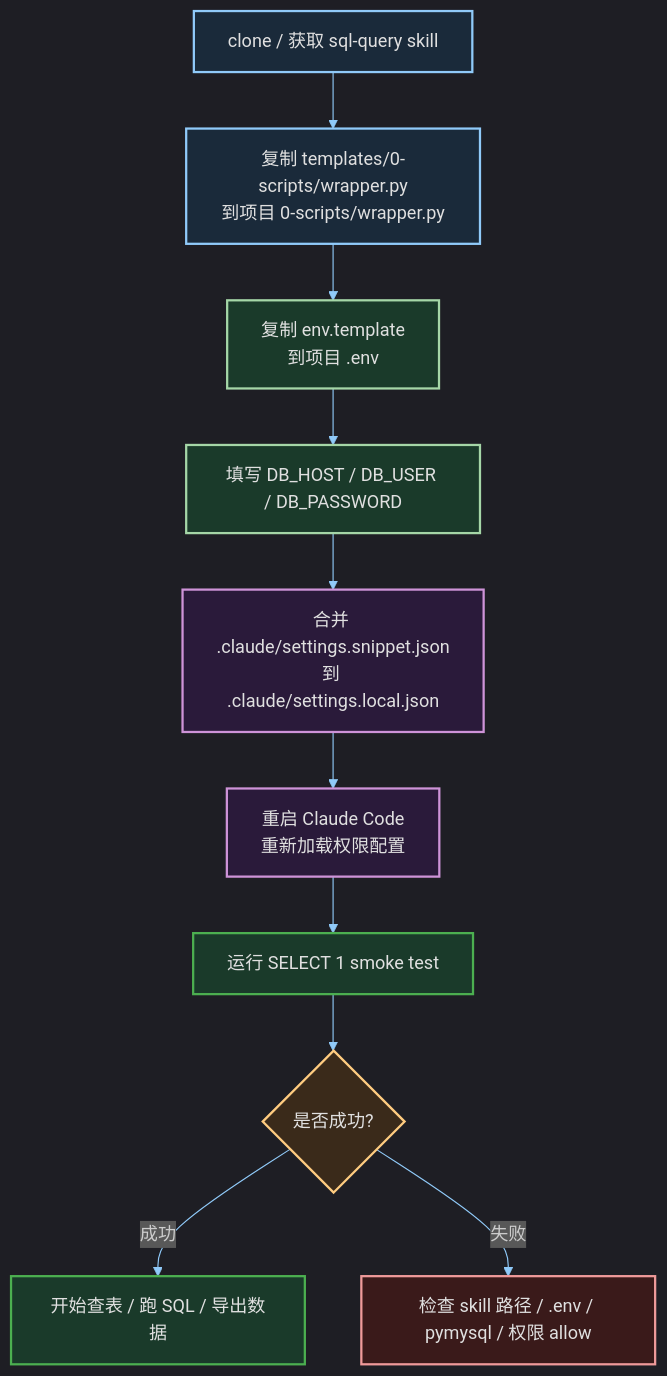
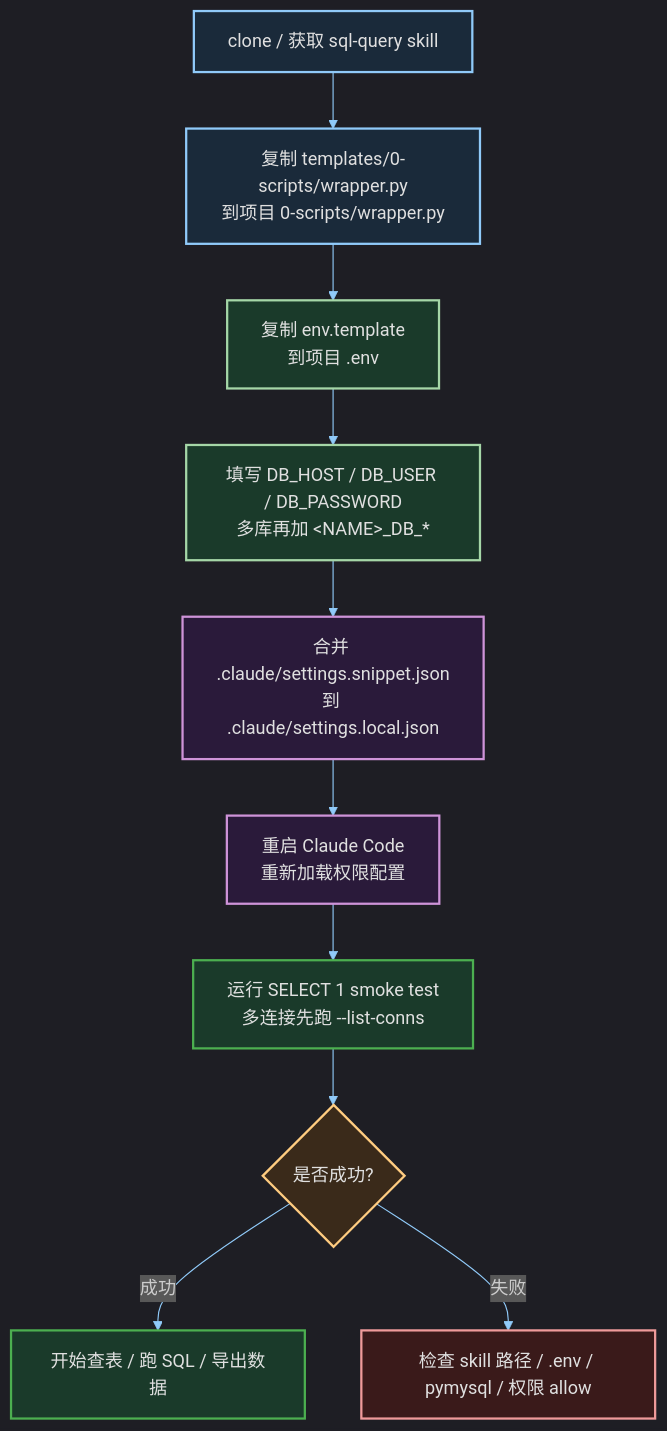
The second of 2 diagrams in README.md (yeyangchen2009/sql-query), drawn with Mermaid before and after one commit. The commit also changed other lines of this file and 4 other files, not shown here.

````diff
--- a/README.md
+++ b/README.md
@@ -196,24 +229,24 @@
 ```mermaid
 %%{init: {"theme":"dark","themeVariables":{"primaryColor":"#1a2a3a","primaryBorderColor":"#90caf9","primaryTextColor":"#e0e0e0","lineColor":"#90caf9","secondaryColor":"#1a3a2a","tertiaryColor":"#2a1a3a","actorBkg":"#1a2a3a","actorBorder":"#90caf9","actorTextColor":"#e0e0e0","activationBkgColor":"#1a3a2a","activationBorderColor":"#a5d6a7","signalColor":"#e0e0e0","signalTextColor":"#e0e0e0","noteBkgColor":"#3a2a1a","noteTextColor":"#e0e0e0"}}}%%
 flowchart TD
     A["clone / 获取 sql-query skill"] --> B["复制 templates/0-scripts/wrapper.py<br/>到项目 0-scripts/wrapper.py"]
     B --> C["复制 env.template<br/>到项目 .env"]
-    C --> D["填写 DB_HOST / DB_USER / DB_PASSWORD"]
+    C --> D["填写 DB_HOST / DB_USER / DB_PASSWORD<br/>多库再加 &lt;NAME&gt;_DB_*"]
     D --> E["合并 .claude/settings.snippet.json<br/>到 .claude/settings.local.json"]
     E --> R["重启 Claude Code<br/>重新加载权限配置"]
-    R --> F["运行 SELECT 1 smoke test"]
+    R --> F["运行 SELECT 1 smoke test<br/>多连接先跑 --list-conns"]
     F --> G{"是否成功?"}
     G -->|"成功"| H["开始查表 / 跑 SQL / 导出数据"]
     G -->|"失败"| I["检查 skill 路径 / .env / pymysql / 权限 allow"]
 
     style A fill:#1a2a3a,stroke:#90caf9,stroke-width:2px,color:#e0e0e0
     style B fill:#1a2a3a,stroke:#90caf9,stroke-width:2px,color:#e0e0e0
     style C fill:#1a3a2a,stroke:#a5d6a7,stroke-width:2px,color:#e0e0e0
     style D fill:#1a3a2a,stroke:#a5d6a7,stroke-width:2px,color:#e0e0e0
     style E fill:#2a1a3a,stroke:#ce93d8,stroke-width:2px,color:#e0e0e0
     style R fill:#2a1a3a,stroke:#ce93d8,stroke-width:2px,color:#e0e0e0
     style F fill:#1a3a2a,stroke:#4caf50,stroke-width:2px,color:#e0e0e0
     style G fill:#3a2a1a,stroke:#ffcc80,stroke-width:2px,color:#e0e0e0
     style H fill:#1a3a2a,stroke:#4caf50,stroke-width:2px,color:#e0e0e0
     style I fill:#3a1a1a,stroke:#ef9a9a,stroke-width:2px,color:#e0e0e0
 ```
````
